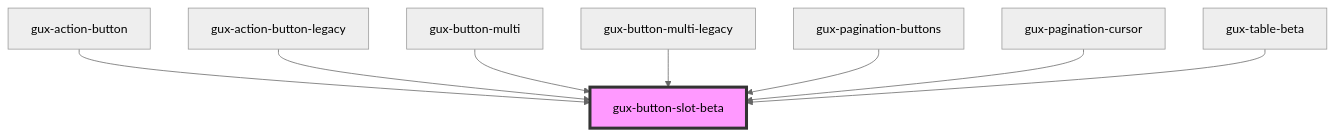
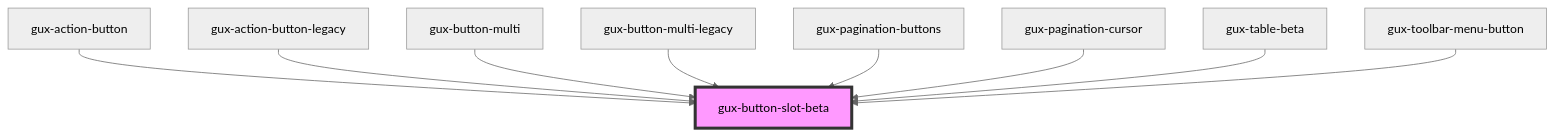
The diagram in src/components/beta/gux-button-slot/readme.md (ouyuxuan/genesys-webcomponents), drawn with Mermaid (neutral theme) before and after one commit. The commit also changed other lines of this file and 6 other files, not shown here.

First line of the commit message:
feat(toolbar): toolbar-menu-button wip

````diff
--- a/src/components/beta/gux-button-slot/readme.md
+++ b/src/components/beta/gux-button-slot/readme.md
@@ -32,11 +33,12 @@
 ```mermaid
 graph TD;
   gux-action-button --> gux-button-slot-beta
   gux-action-button-legacy --> gux-button-slot-beta
   gux-button-multi --> gux-button-slot-beta
   gux-button-multi-legacy --> gux-button-slot-beta
   gux-pagination-buttons --> gux-button-slot-beta
   gux-pagination-cursor --> gux-button-slot-beta
   gux-table-beta --> gux-button-slot-beta
+  gux-toolbar-menu-button --> gux-button-slot-beta
   style gux-button-slot-beta fill:#f9f,stroke:#333,stroke-width:4px
 ```
````
